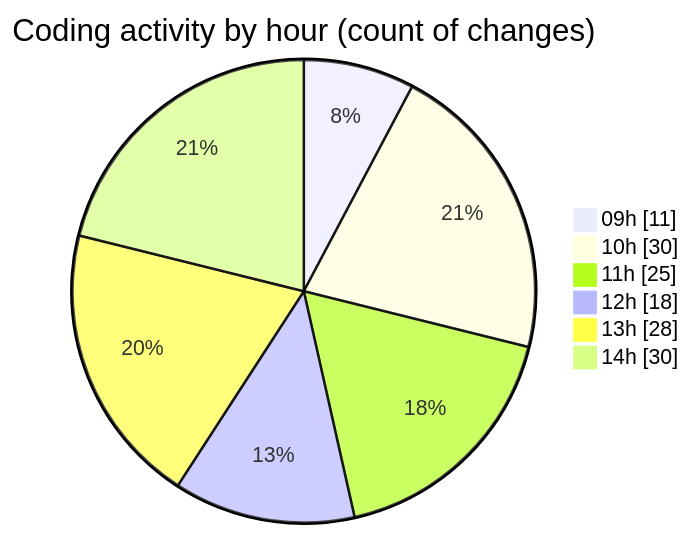
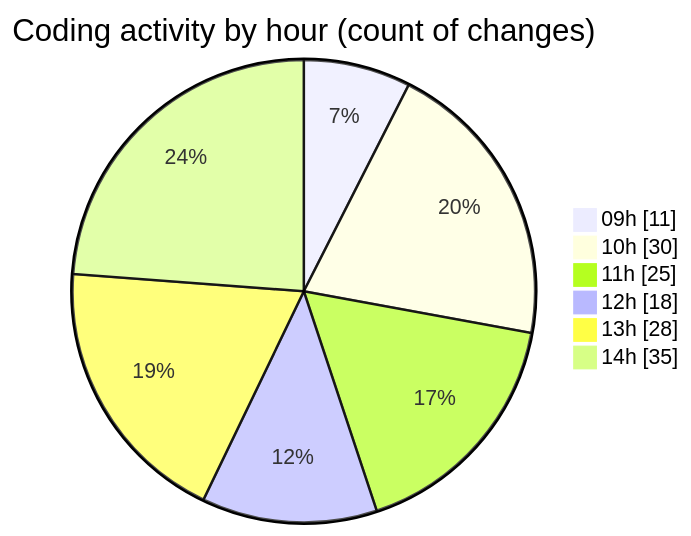
Before and after one commit to momahboobian/code-tracking: the second of 2 diagrams in 2025-06-24/cda/README.md, drawn with Mermaid. The commit also changed other lines of this file and 1 other file, not shown here.

````diff
--- a/2025-06-24/cda/README.md
+++ b/2025-06-24/cda/README.md
@@ -32,10 +32,10 @@
 ```mermaid
 pie showData
 title Coding activity by hour (count of changes)
 "09h" : 11
 "10h" : 30
 "11h" : 25
 "12h" : 18
 "13h" : 28
-"14h" : 30
+"14h" : 35
 ```
````
